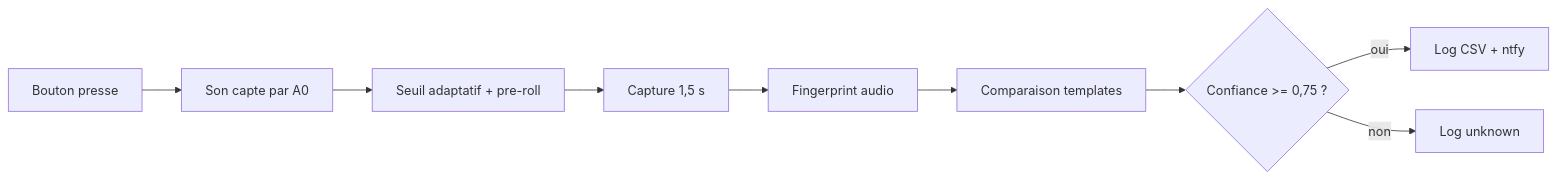
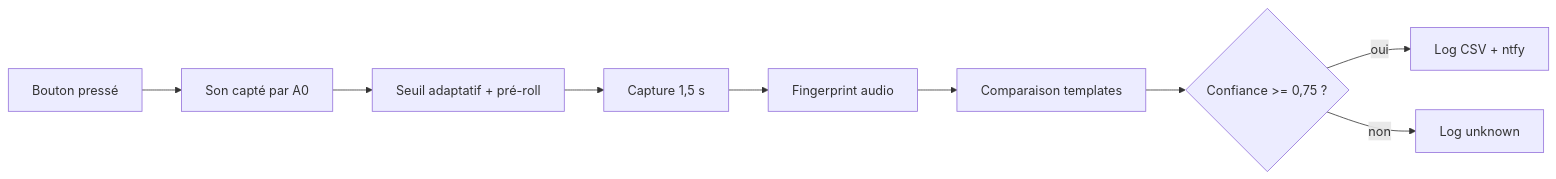
One commit to OroshiX/Talking-Pets-buttons changed the diagram in docs/schemas-branchement.md. Above: the diagram before and after it, drawn with Mermaid. The commit also changed other lines of this file and 10 other files, not shown here.

````diff
--- a/docs/schemas-branchement.md
+++ b/docs/schemas-branchement.md
@@ -85,11 +85,11 @@
 ```mermaid
 flowchart LR
-  A["Bouton presse"] --> B["Son capte par A0"]
-  B --> C["Seuil adaptatif + pre-roll"]
+  A["Bouton pressé"] --> B["Son capté par A0"]
+  B --> C["Seuil adaptatif + pré-roll"]
   C --> D["Capture 1,5 s"]
   D --> E["Fingerprint audio"]
   E --> F["Comparaison templates"]
   F --> G{"Confiance >= 0,75 ?"}
   G -->|oui| H["Log CSV + ntfy"]
   G -->|non| I["Log unknown"]
 ```
````
